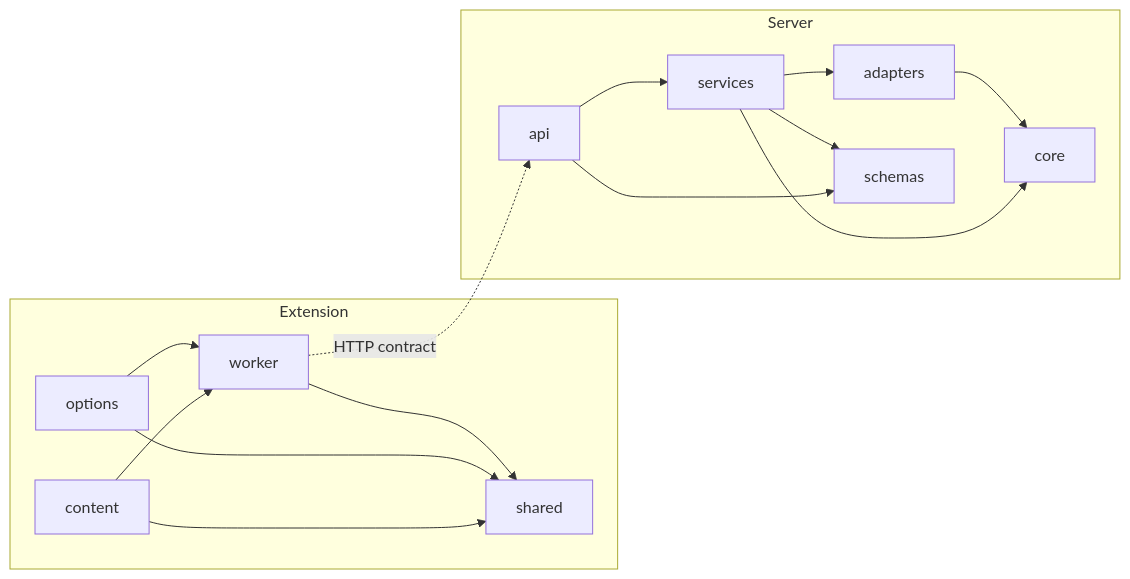
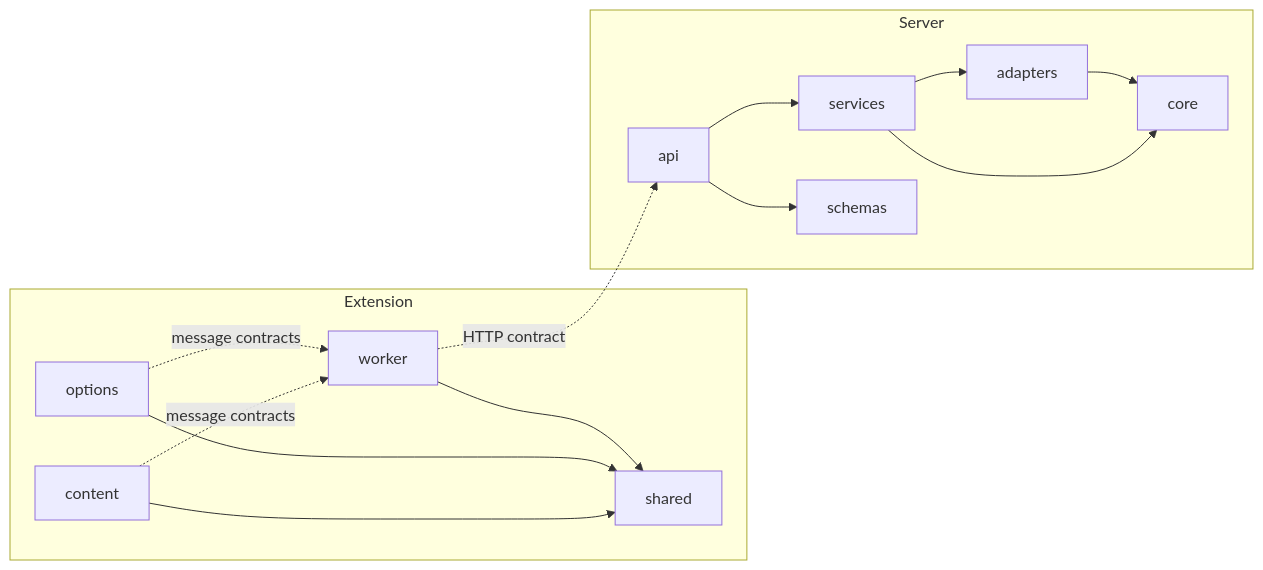
Before and after one commit to cogito0823/SnapInsight: the diagram in docs/design/repository-and-code-structure.md, drawn with Mermaid. The commit also changed other lines of this file and 9 other files, not shown here.

````diff
--- a/docs/design/repository-and-code-structure.md
+++ b/docs/design/repository-and-code-structure.md
@@ -92,32 +92,31 @@
 ```mermaid
 flowchart LR
     subgraph Extension
         Content[content]
         Worker[worker]
         Options[options]
         Shared[shared]
     end
 
     subgraph Server
         API[api]
         Services[services]
         Adapters[adapters]
         Schemas[schemas]
         Core[core]
     end
 
     Content --> Shared
-    Content --> Worker
     Options --> Shared
-    Options --> Worker
     Worker --> Shared
+    Content -. message contracts .-> Worker
+    Options -. message contracts .-> Worker
 
     API --> Services
     API --> Schemas
     Services --> Adapters
-    Services --> Schemas
     Services --> Core
     Adapters --> Core
 
     Worker -. HTTP contract .-> API
 ```
````
